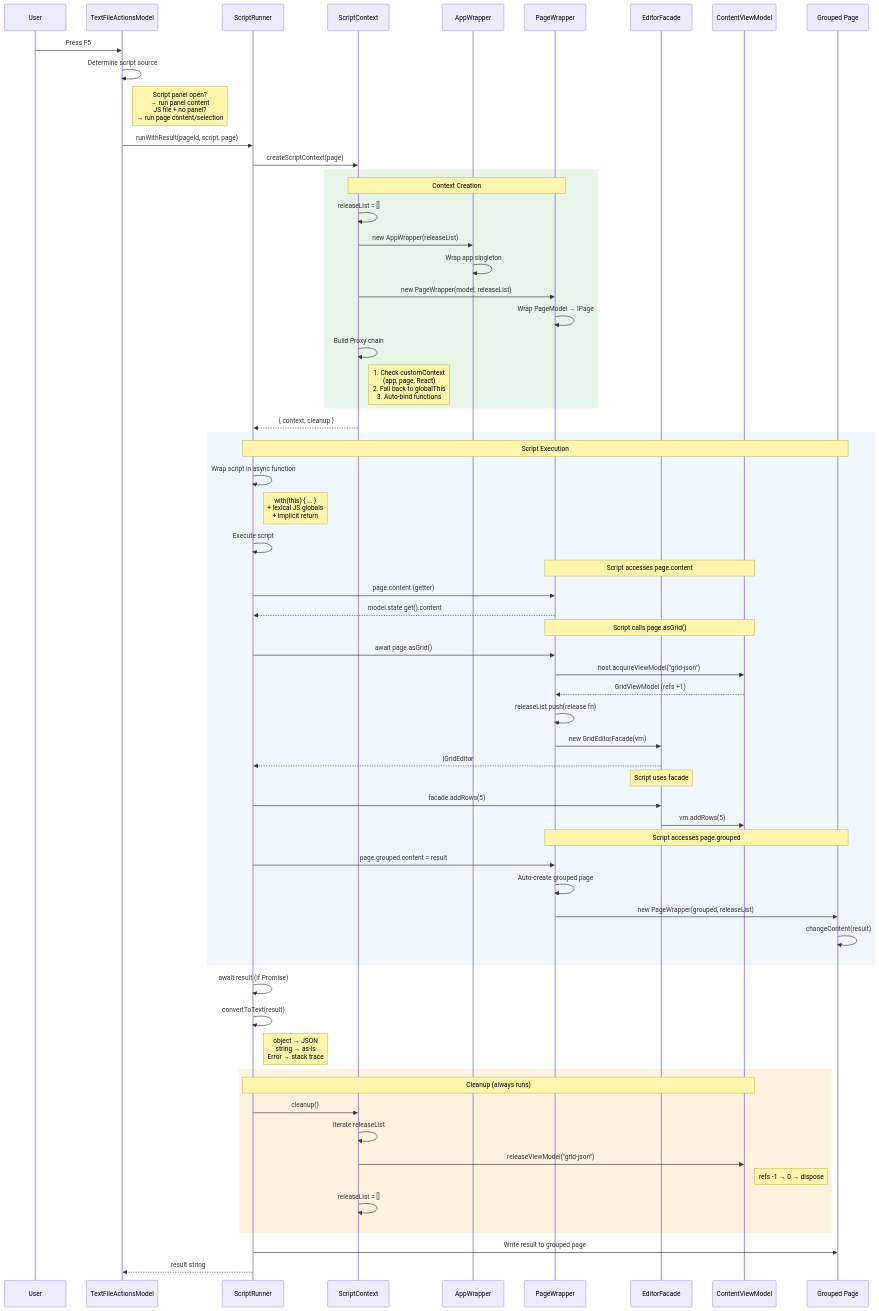
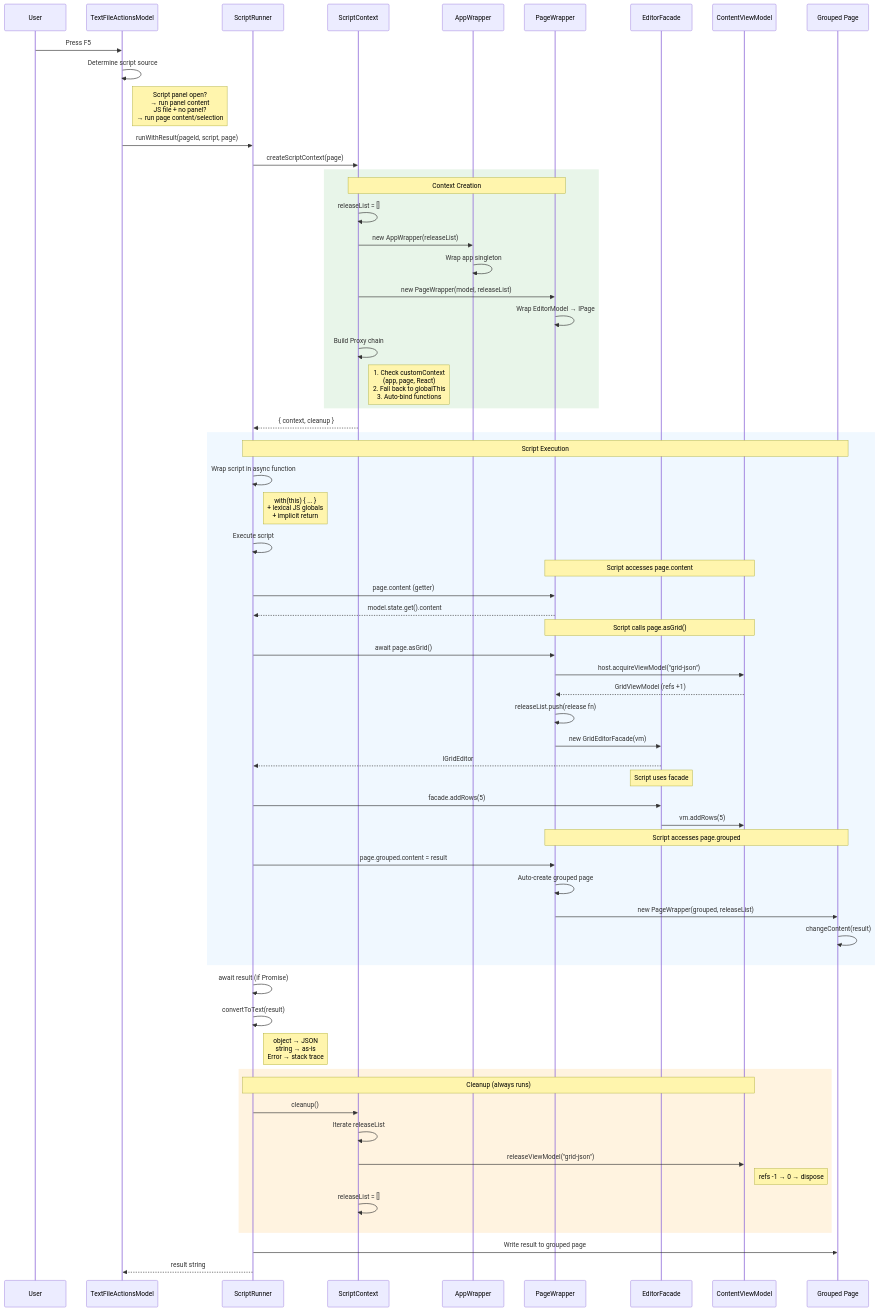
Before and after one commit to andriy-viyatyk/persephone: the diagram in doc/architecture/diagrams/5-execution-flow.mmd, drawn with Mermaid. The commit also changed 47 other files, not shown here.

First line of the commit message:
US-318: Rename PageModel → EditorModel

```diff
--- a/doc/architecture/diagrams/5-execution-flow.mmd
+++ b/doc/architecture/diagrams/5-execution-flow.mmd
@@ -1,77 +1,77 @@
 sequenceDiagram
     participant U as User
     participant AM as TextFileActionsModel
     participant SR as ScriptRunner
     participant SC as ScriptContext
     participant AW as AppWrapper
     participant PW as PageWrapper
     participant F as EditorFacade
     participant VM as ContentViewModel
     participant GP as Grouped Page
 
     U->>AM: Press F5
     AM->>AM: Determine script source
     Note right of AM: Script panel open?<br/>→ run panel content<br/>JS file + no panel?<br/>→ run page content/selection
 
     AM->>SR: runWithResult(pageId, script, page)
     SR->>SC: createScriptContext(page)
 
     rect rgb(232, 245, 233)
         Note over SC,PW: Context Creation
         SC->>SC: releaseList = []
         SC->>AW: new AppWrapper(releaseList)
         AW->>AW: Wrap app singleton
         SC->>PW: new PageWrapper(model, releaseList)
-        PW->>PW: Wrap PageModel → IPage
+        PW->>PW: Wrap EditorModel → IPage
 
         SC->>SC: Build Proxy chain
         Note right of SC: 1. Check customContext<br/>   (app, page, React)<br/>2. Fall back to globalThis<br/>3. Auto-bind functions
     end
 
     SC-->>SR: { context, cleanup }
 
     rect rgb(240, 248, 255)
         Note over SR,GP: Script Execution
         SR->>SR: Wrap script in async function
         Note right of SR: with(this) { ... }<br/>+ lexical JS globals<br/>+ implicit return
 
         SR->>SR: Execute script
 
         Note over PW,VM: Script accesses page.content
         SR->>PW: page.content (getter)
         PW-->>SR: model.state.get().content
 
         Note over PW,VM: Script calls page.asGrid()
         SR->>PW: await page.asGrid()
         PW->>VM: host.acquireViewModel("grid-json")
         VM-->>PW: GridViewModel (refs +1)
         PW->>PW: releaseList.push(release fn)
         PW->>F: new GridEditorFacade(vm)
         F-->>SR: IGridEditor
 
         Note over F: Script uses facade
         SR->>F: facade.addRows(5)
         F->>VM: vm.addRows(5)
 
         Note over PW,GP: Script accesses page.grouped
         SR->>PW: page.grouped.content = result
         PW->>PW: Auto-create grouped page
         PW->>GP: new PageWrapper(grouped, releaseList)
         GP->>GP: changeContent(result)
     end
 
     SR->>SR: await result (if Promise)
     SR->>SR: convertToText(result)
     Note right of SR: object → JSON<br/>string → as-is<br/>Error → stack trace
 
     rect rgb(255, 243, 224)
         Note over SR,VM: Cleanup (always runs)
         SR->>SC: cleanup()
         SC->>SC: Iterate releaseList
         SC->>VM: releaseViewModel("grid-json")
         Note right of VM: refs -1 → 0 → dispose
         SC->>SC: releaseList = []
     end
 
     SR->>GP: Write result to grouped page
     SR-->>AM: result string
```
